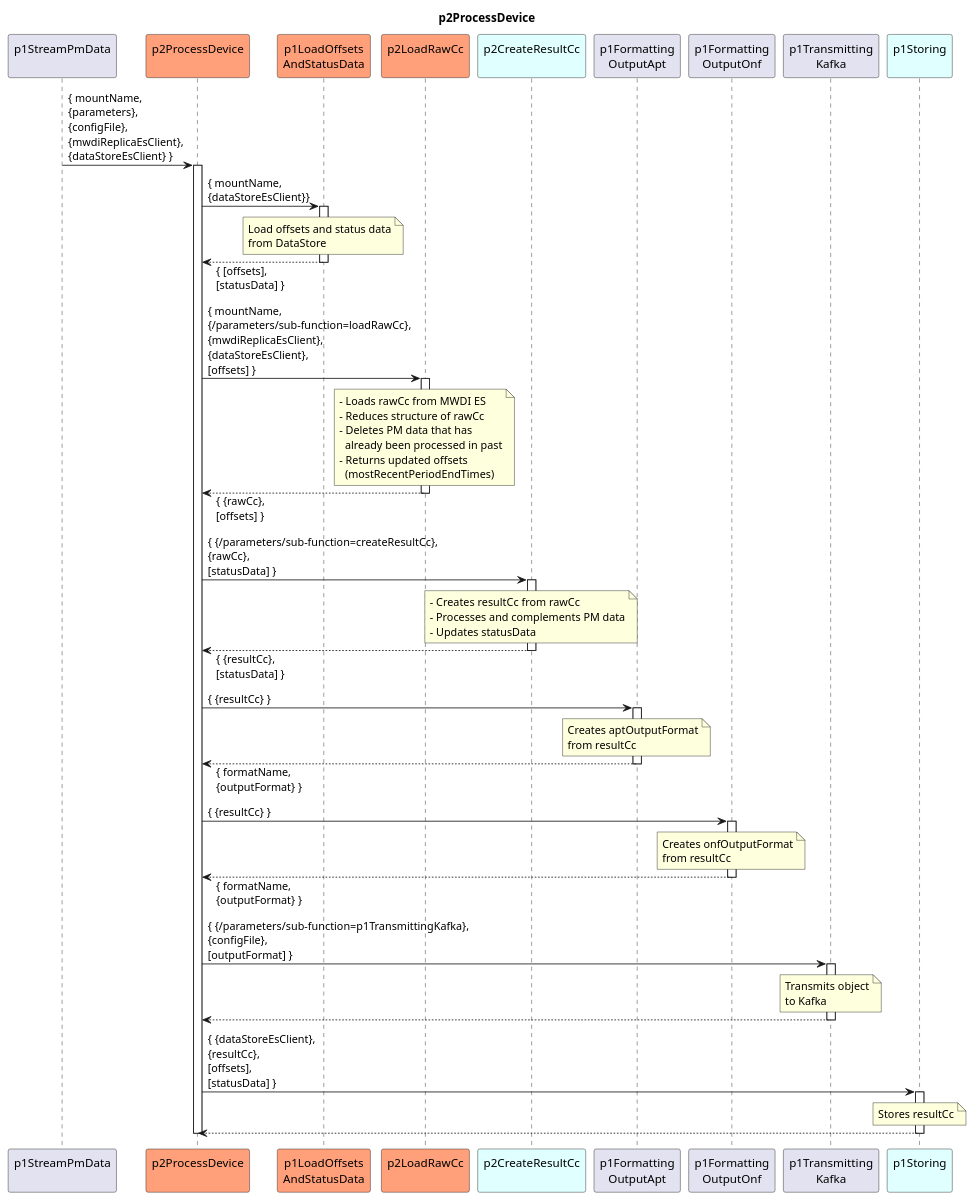
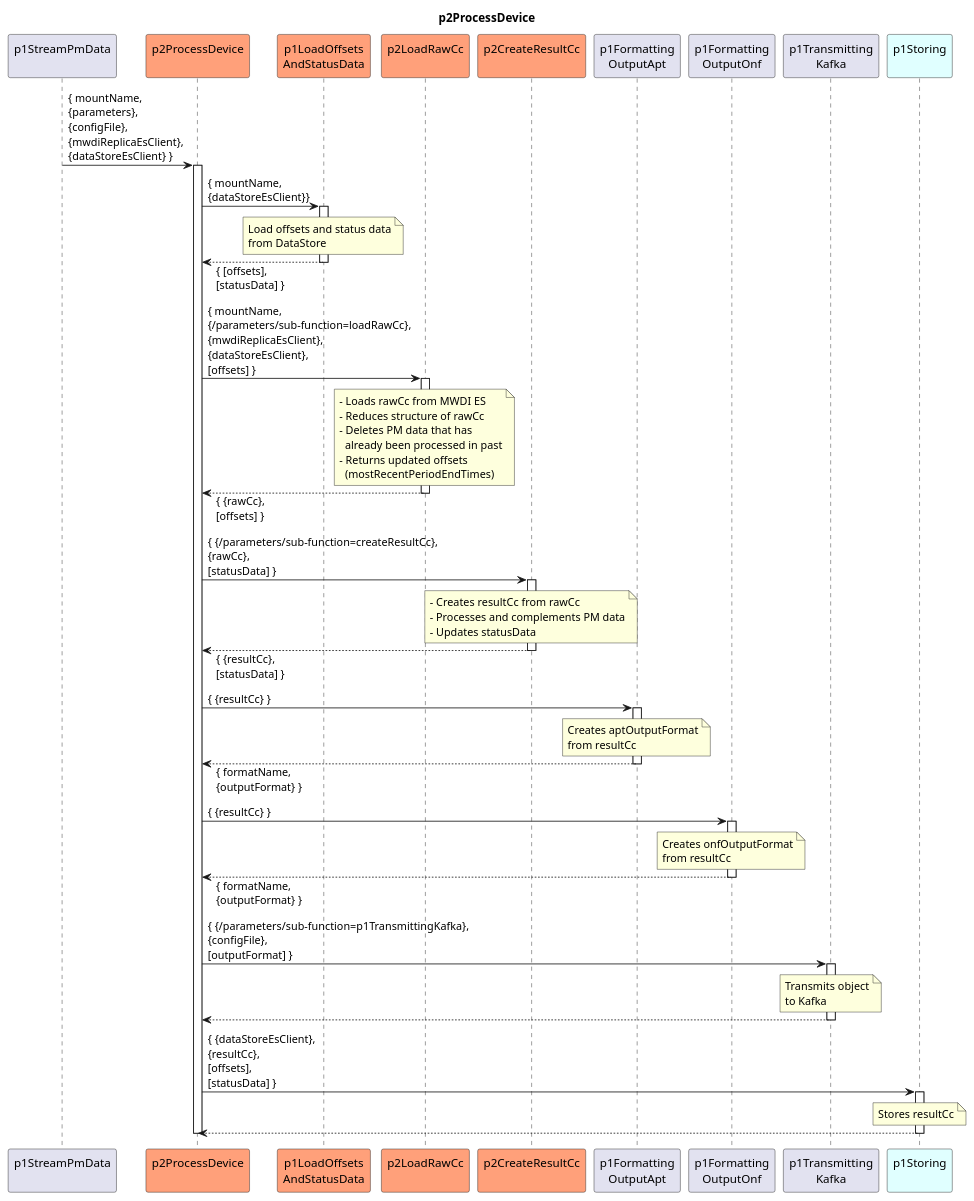
The diagram in spec/Functions/p1StreamPmData/p2ProcessDevice/1.0.0/p2ProcessDevice.plantuml (openBackhaul/DevicePerformanceManagementDataProcessor), drawn with PlantUML before and after one commit. The commit also changed 2 other files, not shown here.

```diff
--- a/spec/Functions/p1StreamPmData/p2ProcessDevice/1.0.0/p2ProcessDevice.plantuml
+++ b/spec/Functions/p1StreamPmData/p2ProcessDevice/1.0.0/p2ProcessDevice.plantuml
@@ -1,112 +1,112 @@
 @startuml p2ProcessDevice
 skinparam responseMessageBelowArrow true
 
 title
   p2ProcessDevice
 end title
 
 participant "p1StreamPmData\n" as requestor
 participant "p2ProcessDevice\n" as cur #LightSalmon
 participant "p1LoadOffsets\nAndStatusData" as p1Offset #LightSalmon
 participant "p2LoadRawCc\n" as p2AddRaw #LightSalmon
-participant "p2CreateResultCc\n" as p2CreateResCc #LightCyan
+participant "p2CreateResultCc\n" as p2CreateResCc #LightSalmon
 participant "p1Formatting\nOutputApt" as p1OutputApt
 participant "p1Formatting\nOutputOnf" as p1OutputOnf
 participant "p1Transmitting\nKafka" as p1Trans
 participant "p1Storing\n" as p1Store #LightCyan
 
 
 requestor -> cur : { mountName,\n{parameters},\n{configFile},\n{mwdiReplicaEsClient},\n{dataStoreEsClient} }
 activate cur
 
   'LoadOffestsAndStatusData
   cur -> p1Offset: { mountName,\n{dataStoreEsClient}}
   activate p1Offset
 
     note over p1Offset
       Load offsets and status data
       from DataStore
     end note
 
   cur <-- p1Offset: { [offsets],\n[statusData] }
   deactivate p1Offset
 
   'LoadRawCc
   cur -> p2AddRaw : { mountName,\n{/parameters/sub-function=loadRawCc},\n{mwdiReplicaEsClient},\n{dataStoreEsClient},\n[offsets] }
   activate p2AddRaw
 
     note over p2AddRaw
       - Loads rawCc from MWDI ES
       - Reduces structure of rawCc
       - Deletes PM data that has
         already been processed in past
       - Returns updated offsets
         (mostRecentPeriodEndTimes)
     end note
 
   cur <-- p2AddRaw : { {rawCc},\n[offsets] }
   deactivate p2AddRaw
 
   'CreateResultCc
   cur -> p2CreateResCc : { {/parameters/sub-function=createResultCc},\n{rawCc},\n[statusData] }
   activate p2CreateResCc
 
     note over p2CreateResCc
       - Creates resultCc from rawCc
       - Processes and complements PM data
       - Updates statusData
     end note
 
   cur <-- p2CreateResCc :  { {resultCc},\n[statusData] }
   deactivate p2CreateResCc
 
   'FormattingOutputApt
   cur -> p1OutputApt : { {resultCc} }
   activate p1OutputApt
 
     note over p1OutputApt
       Creates aptOutputFormat
       from resultCc
     end note
 
   cur <-- p1OutputApt : { formatName,\n{outputFormat} }
   deactivate p1OutputApt
 
   'FormattingOutputOnf
   cur -> p1OutputOnf : { {resultCc} }
   activate p1OutputOnf
 
     note over p1OutputOnf
       Creates onfOutputFormat
       from resultCc
     end note
 
   cur <-- p1OutputOnf : { formatName,\n{outputFormat} }
   deactivate p1OutputOnf
 
   'TransmittingKafka
   cur -> p1Trans : { {/parameters/sub-function=p1TransmittingKafka},\n{configFile},\n[outputFormat] }
   activate p1Trans
 
     note over p1Trans
       Transmits object
       to Kafka
     end note
 
   cur <-- p1Trans
   deactivate p1Trans
 
   'Storing
   cur -> p1Store : { {dataStoreEsClient},\n{resultCc},\n[offsets],\n[statusData] }
   activate p1Store
 
     note over p1Store
       Stores resultCc
     end note
 
   cur <-- p1Store
   deactivate p1Store
 
 deactivate cur
 
 @enduml
```
